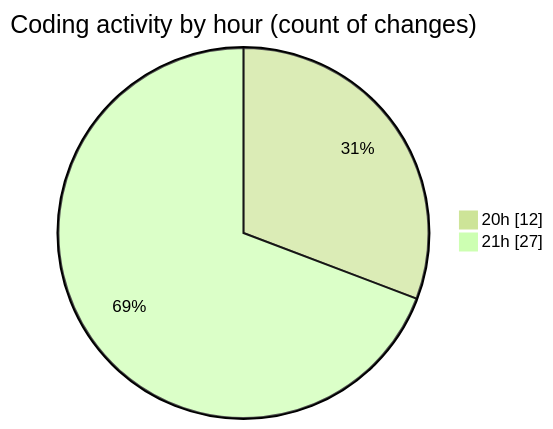
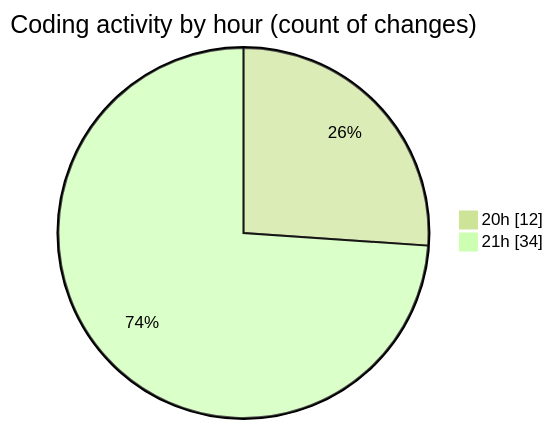
Before and after one commit to Netris89/code-tracking: the second of 2 diagrams in 2025-04-24/echo/README.md, drawn with Mermaid (forest theme). The commit also changed other lines of this file and 1 other file, not shown here.

````diff
--- a/2025-04-24/echo/README.md
+++ b/2025-04-24/echo/README.md
@@ -30,6 +30,6 @@
 ```mermaid
 pie showData
 title Coding activity by hour (count of changes)
 "20h" : 12
-"21h" : 27
+"21h" : 34
 ```
````
